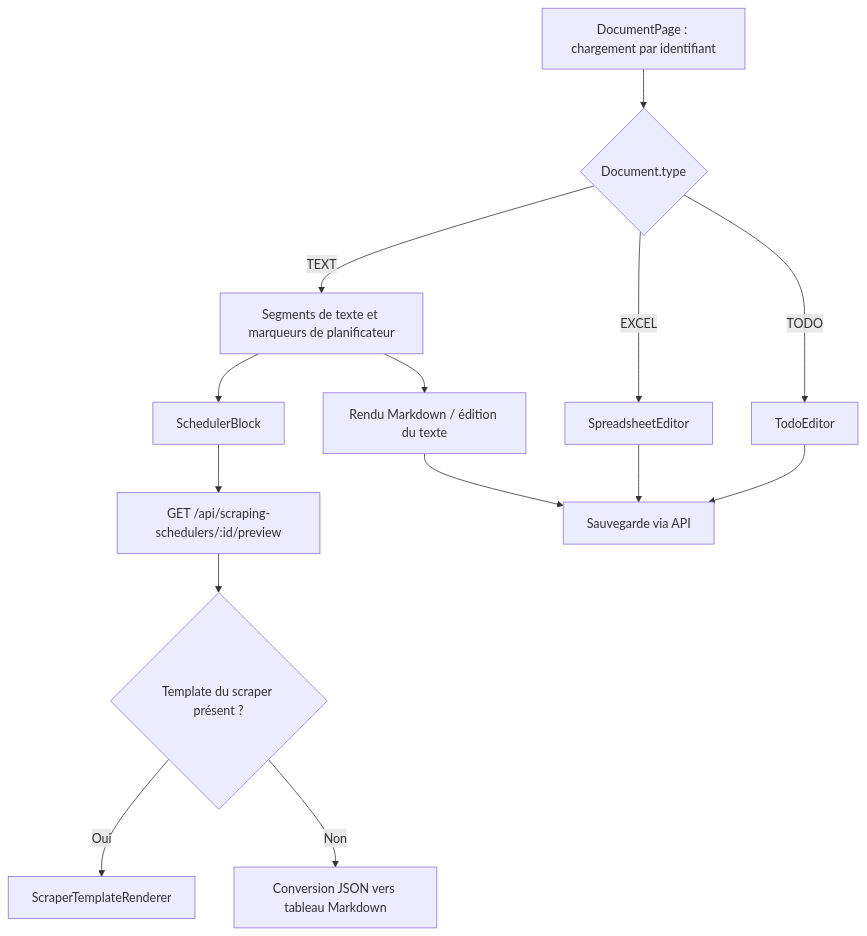
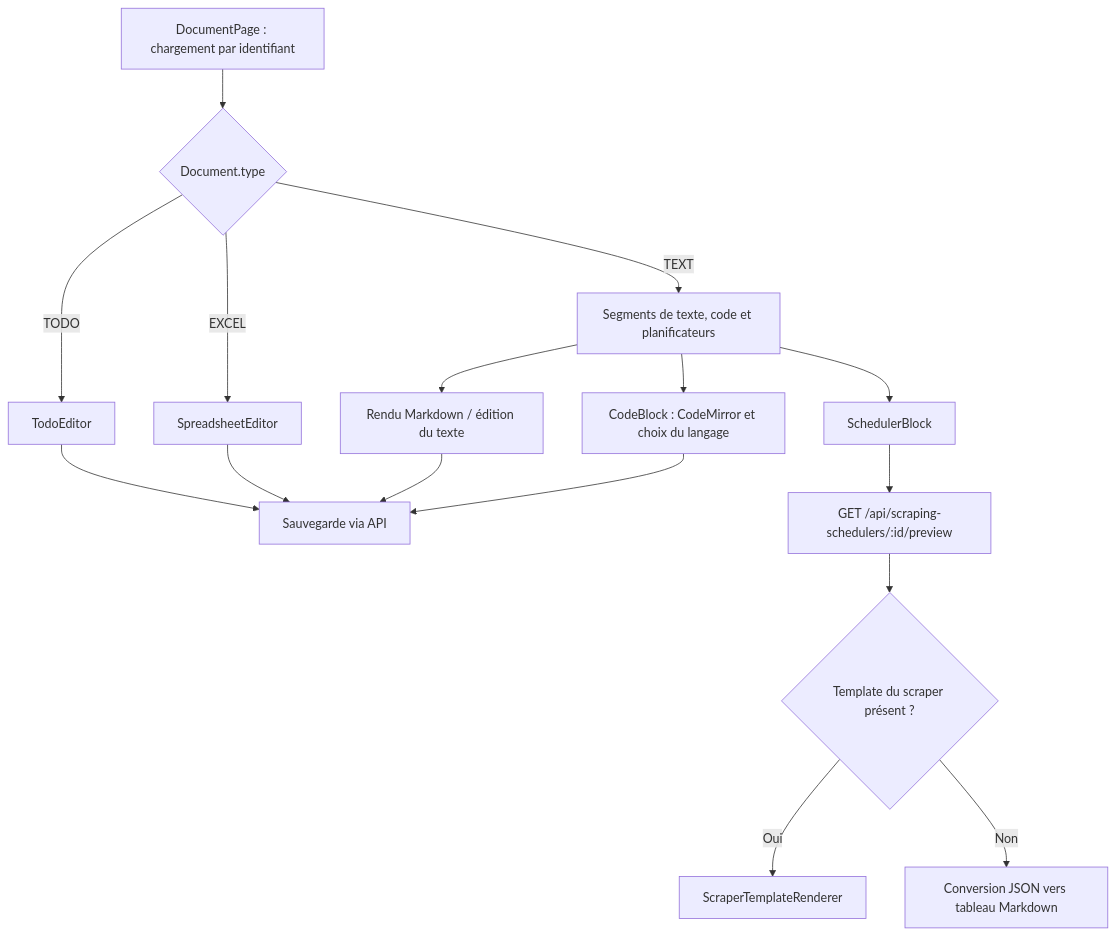
The first of 2 diagrams in docs/schemas/app/documents.md (Tritounet1/tritou-notes), drawn with Mermaid before and after one commit. The commit also changed other lines of this file and 8 other files, not shown here.

````diff
--- a/docs/schemas/app/documents.md
+++ b/docs/schemas/app/documents.md
@@ -5,16 +5,18 @@
 ```mermaid
 flowchart TD
     Page["DocumentPage : chargement par identifiant"] --> Type{"Document.type"}
-    Type -->|TEXT| Segments["Segments de texte et marqueurs de planificateur"]
+    Type -->|TEXT| Segments["Segments de texte, code et planificateurs"]
     Type -->|EXCEL| Sheet["SpreadsheetEditor"]
     Type -->|TODO| Todo["TodoEditor"]
     Segments --> Markdown["Rendu Markdown / édition du texte"]
+    Segments --> Code["CodeBlock : CodeMirror et choix du langage"]
+    Code --> Save
     Segments --> Scheduler["SchedulerBlock"]
     Scheduler --> Preview["GET /api/scraping-schedulers/:id/preview"]
     Preview --> Template{"Template du scraper présent ?"}
     Template -->|Oui| Render["ScraperTemplateRenderer"]
     Template -->|Non| Table["Conversion JSON vers tableau Markdown"]
     Markdown --> Save["Sauvegarde via API"]
     Sheet --> Save
     Todo --> Save
 ```
````
